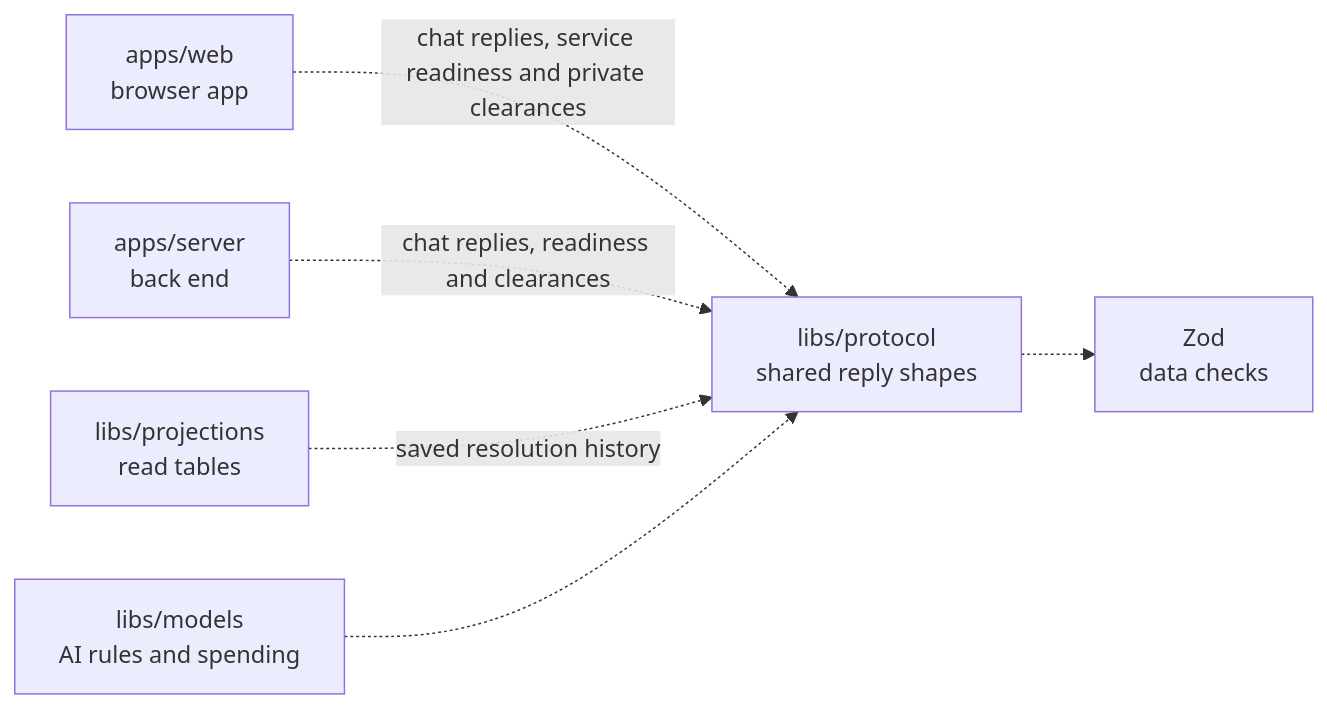
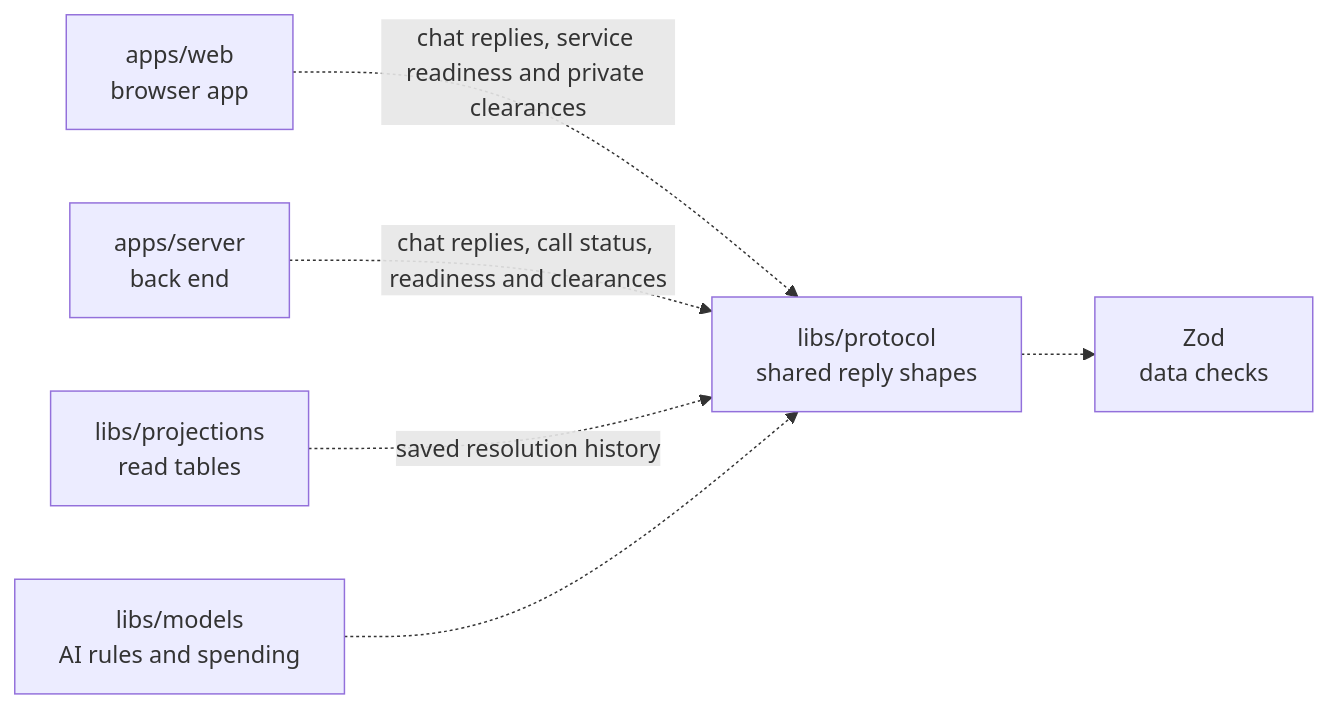
One commit to elewa-git/opencrane-new changed the diagram in libs/protocol/README.md. Above: the diagram before and after it, drawn with Mermaid. The commit also changed other lines of this file and 15 other files, not shown here.

Commit message:
🔎 Read saved original call status without sending work

````diff
--- a/libs/protocol/README.md
+++ b/libs/protocol/README.md
@@ -34,8 +36,8 @@
 ```mermaid
 flowchart LR
   web["apps/web<br/>browser app"] -.->|chat replies, service readiness and private clearances| protocol["libs/protocol<br/>shared reply shapes"]
-  server["apps/server<br/>back end"] -.->|chat replies, readiness and clearances| protocol
+  server["apps/server<br/>back end"] -.->|chat replies, call status, readiness and clearances| protocol
   projections["libs/projections<br/>read tables"] -.->|saved resolution history| protocol
   models["libs/models<br/>AI rules and spending"] -.-> protocol
   protocol -.-> zod["Zod<br/>data checks"]
 ```
````
